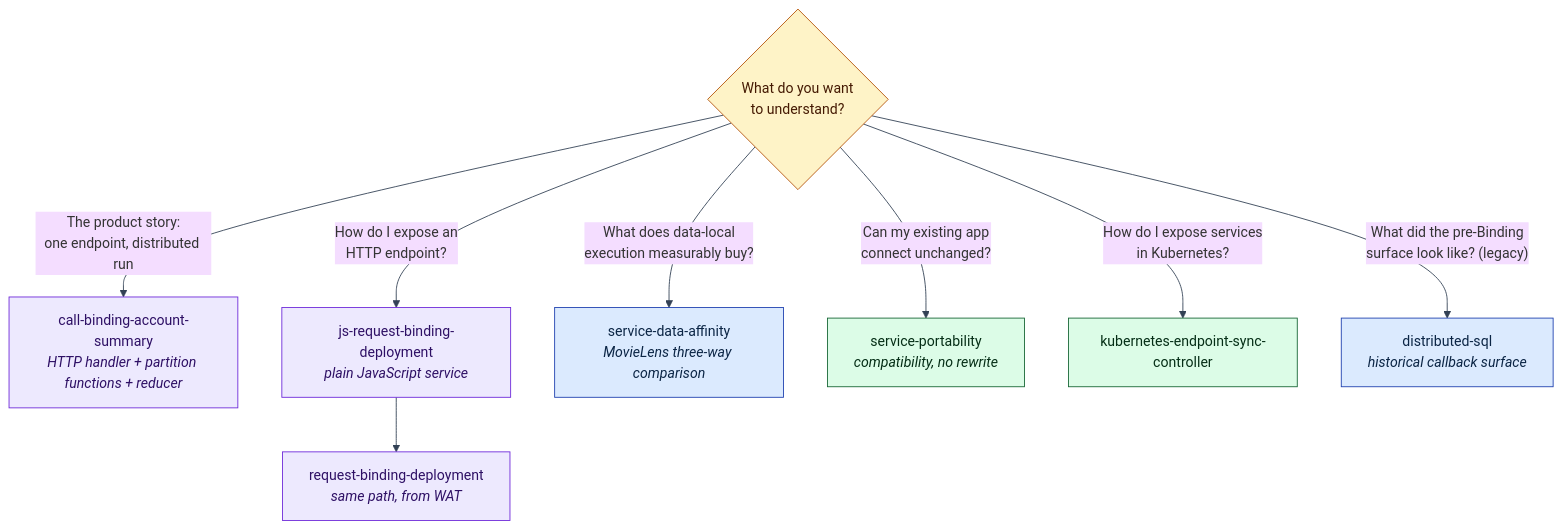
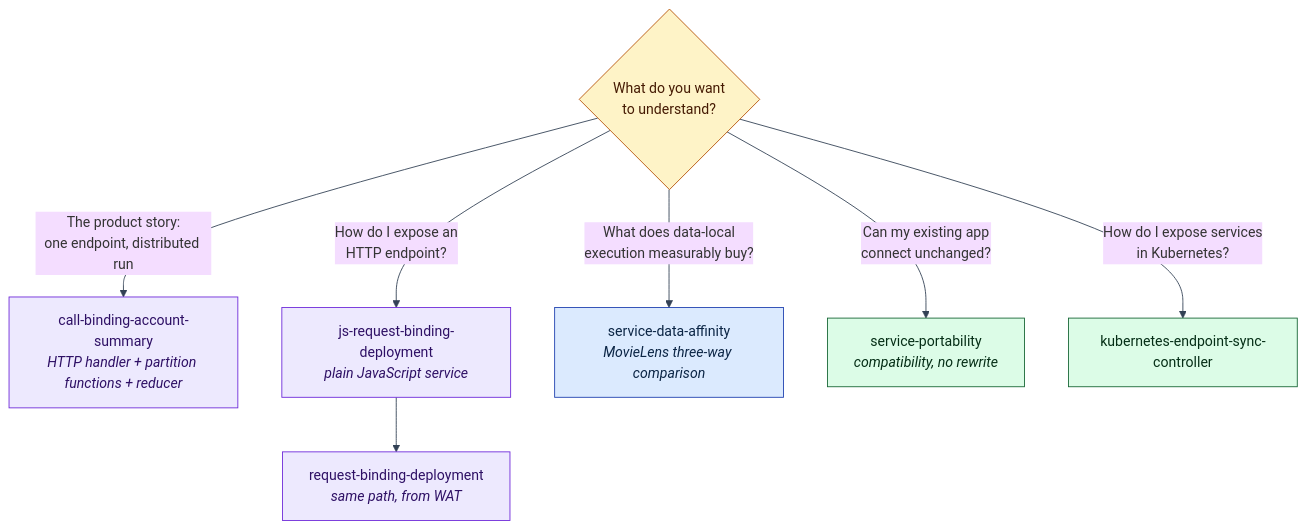
Before and after one commit to psvensson/lagrange: the third of 3 diagrams in examples/README.md, drawn with Mermaid. The commit also changed other lines of this file, not shown here.

````diff
--- a/examples/README.md
+++ b/examples/README.md
@@ -131,17 +129,16 @@
 ```mermaid
 %%{init: {'theme':'base','themeVariables':{'background':'#ffffff','lineColor':'#334155','textColor':'#0f172a'}}}%%
 flowchart TD
   Q1{"What do you want<br/>to understand?"}:::ctrl
   Q1 -- "The product story:<br/>one endpoint, distributed run" --> CB["call-binding-account-summary<br/><i>HTTP handler + partition functions + reducer</i>"]:::move
   Q1 -- "How do I expose an<br/>HTTP endpoint?" --> JS["js-request-binding-deployment<br/><i>plain JavaScript service</i>"]:::move
   JS --> RB["request-binding-deployment<br/><i>same path, from WAT</i>"]:::move
   Q1 -- "What does data-local<br/>execution measurably buy?" --> DA["service-data-affinity<br/><i>MovieLens three-way comparison</i>"]:::data
   Q1 -- "Can my existing app<br/>connect unchanged?" --> SP["service-portability<br/><i>compatibility, no rewrite</i>"]:::svc
   Q1 -- "How do I expose services<br/>in Kubernetes?" --> K8["kubernetes-endpoint-sync-controller"]:::svc
-  Q1 -- "What did the pre-Binding<br/>surface look like? (legacy)" --> DS["distributed-sql<br/><i>historical callback surface</i>"]:::data
 
   classDef data fill:#dbeafe,stroke:#1e40af,color:#0b2545
   classDef svc fill:#dcfce7,stroke:#166534,color:#052e16
   classDef ctrl fill:#fef3c7,stroke:#b45309,color:#451a03
   classDef move fill:#ede9fe,stroke:#6d28d9,color:#2e1065
 ```
````
